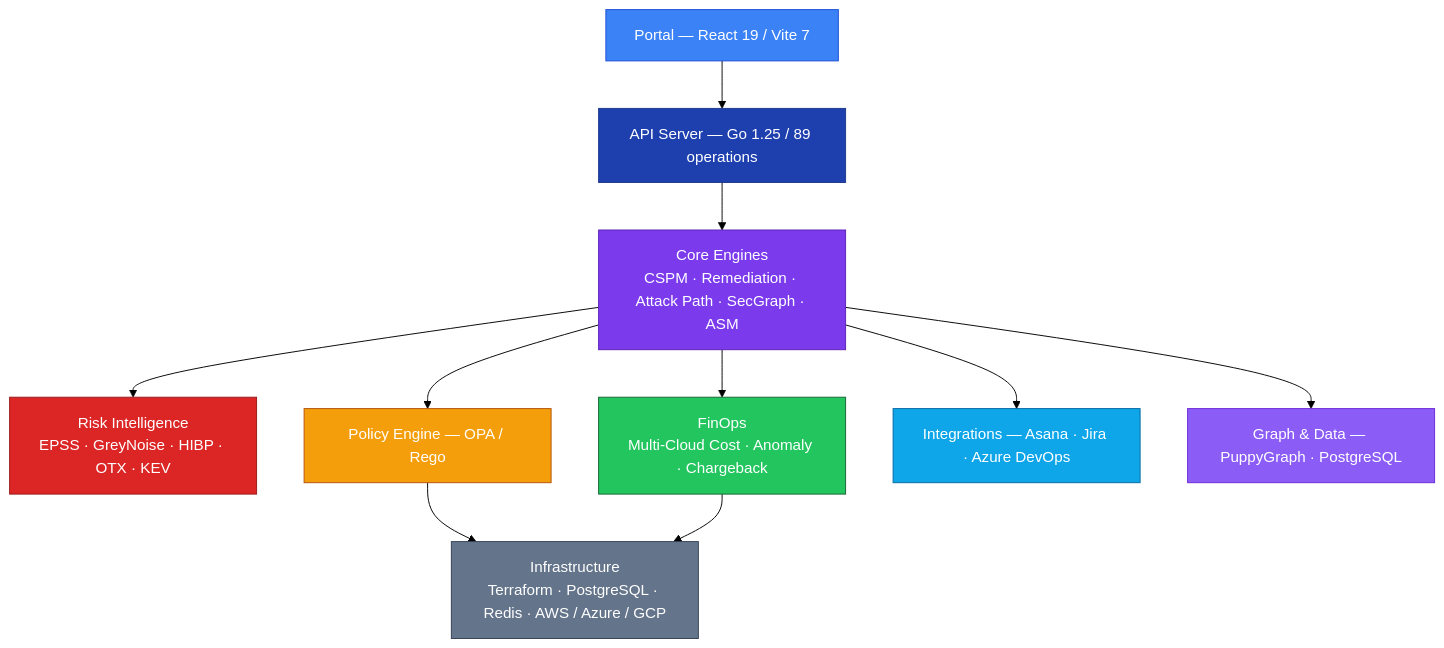
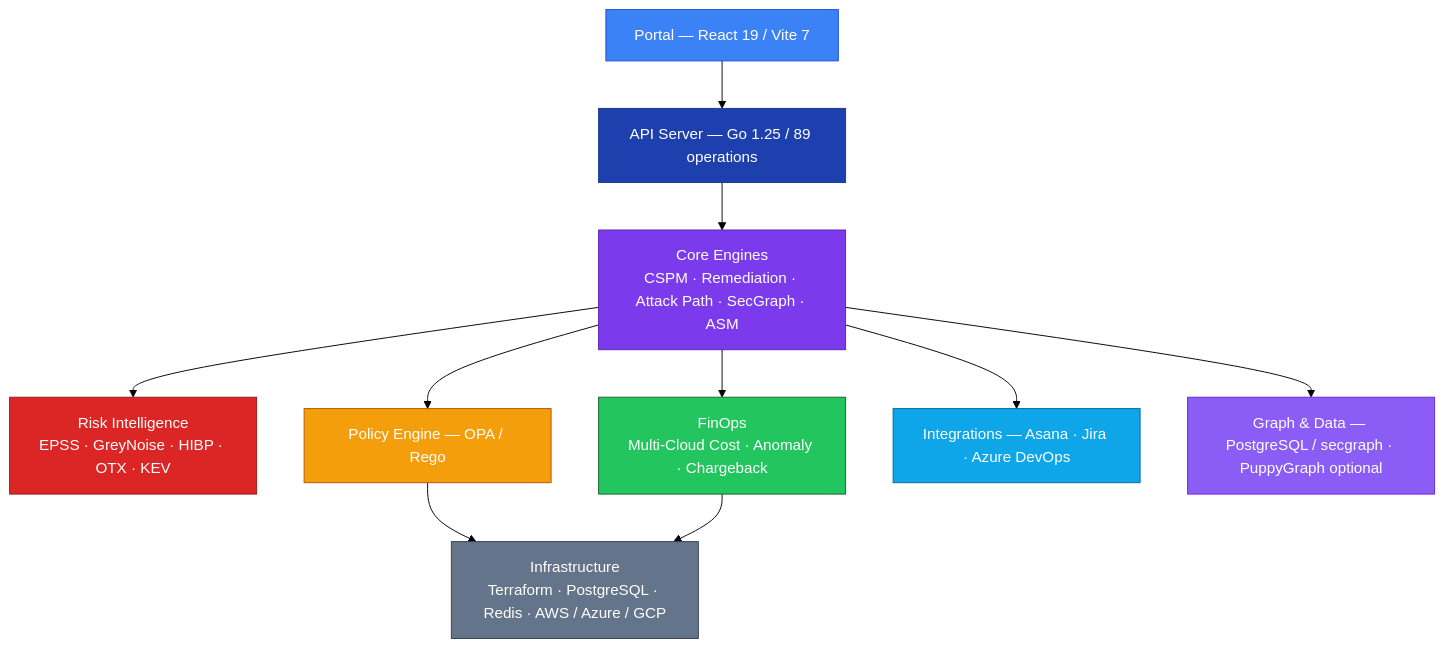
Before and after one commit to lvonguyen/cloudforge: the diagram in README.md, drawn with Mermaid (forest theme). The commit also changed other lines of this file and 9 other files, not shown here.

````diff
--- a/README.md
+++ b/README.md
@@ -186,22 +186,22 @@
 ```mermaid
 flowchart TD
     Portal["Portal — React 19 / Vite 7"] --> API["API Server — Go 1.25 / 89 operations"]
     API --> Core["Core Engines\nCSPM · Remediation · Attack Path · SecGraph · ASM"]
     Core --> Intel["Risk Intelligence\nEPSS · GreyNoise · HIBP · OTX · KEV"]
     Core --> Policy["Policy Engine — OPA / Rego"]
     Core --> FinOps["FinOps\nMulti-Cloud Cost · Anomaly · Chargeback"]
     Core --> Integ["Integrations — Asana · Jira · Azure DevOps"]
-    Core --> Graph["Graph & Data — PuppyGraph · PostgreSQL"]
+    Core --> Graph["Graph & Data — PostgreSQL / secgraph · PuppyGraph optional"]
     Policy --> Infra["Infrastructure\nTerraform · PostgreSQL · Redis · AWS / Azure / GCP"]
     FinOps --> Infra
 
     style Portal fill:#3b82f6,color:#fff,stroke:#1d4ed8
     style API fill:#1e40af,color:#fff,stroke:#1e3a8a
     style Core fill:#7c3aed,color:#fff,stroke:#5b21b6
     style Intel fill:#dc2626,color:#fff,stroke:#991b1b
     style Policy fill:#f59e0b,color:#fff,stroke:#b45309
     style FinOps fill:#22c55e,color:#fff,stroke:#166534
     style Infra fill:#64748b,color:#fff,stroke:#334155
     style Integ fill:#0ea5e9,color:#fff,stroke:#0369a1
     style Graph fill:#8b5cf6,color:#fff,stroke:#6d28d9
 ```
````
